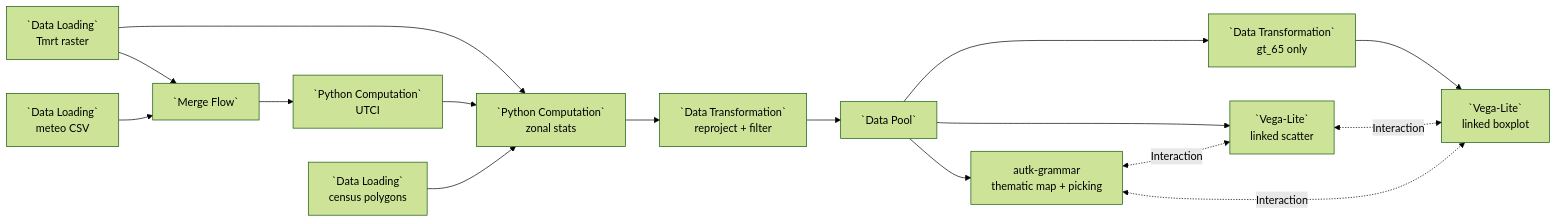
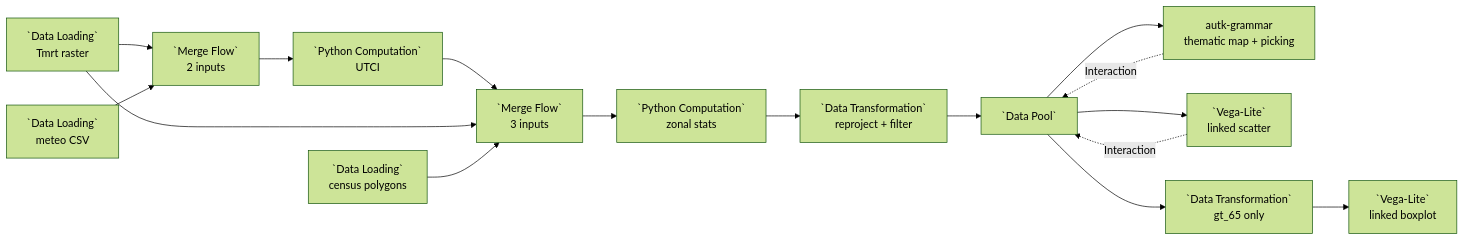
Before and after one commit to urban-toolkit/curio: the diagram in docs/examples/09-heterogeneous-data-linked-views.md, drawn with Mermaid (forest theme). The commit also changed other lines of this file and 14 other files, not shown here.

````diff
--- a/docs/examples/09-heterogeneous-data-linked-views.md
+++ b/docs/examples/09-heterogeneous-data-linked-views.md
@@ -15,21 +15,24 @@
 ```mermaid
 flowchart LR
   R[`Data Loading`<br/>Tmrt raster]
   W[`Data Loading`<br/>meteo CSV]
   S[`Data Loading`<br/>census polygons]
 
-  R --> MG[`Merge Flow`]
+  R --> MG[`Merge Flow`<br/>2 inputs]
   W --> MG --> U[`Python Computation`<br/>UTCI]
-  R --> Z[`Python Computation`<br/>zonal stats]
-  U --> Z
-  S --> Z
+
+  U --> MZ[`Merge Flow`<br/>3 inputs]
+  R --> MZ
+  S --> MZ
+  MZ --> Z[`Python Computation`<br/>zonal stats]
   Z --> T[`Data Transformation`<br/>reproject + filter] --> P[`Data Pool`]
 
   P --> M[autk-grammar<br/>thematic map + picking]
   P --> SC[`Vega-Lite`<br/>linked scatter]
   P --> BX[`Data Transformation`<br/>gt_65 only] --> BV[`Vega-Lite`<br/>linked boxplot]
 
-  M  <-. Interaction .-> SC
-  SC <-. Interaction .-> BV
-  M  <-. Interaction .-> BV
+  %% Brushing is routed back through the Data Pool, which re-fans the selection
+  %% to every downstream view - the views are not wired to each other.
+  M  -. Interaction .-> P
+  SC -. Interaction .-> P
 ```
````
